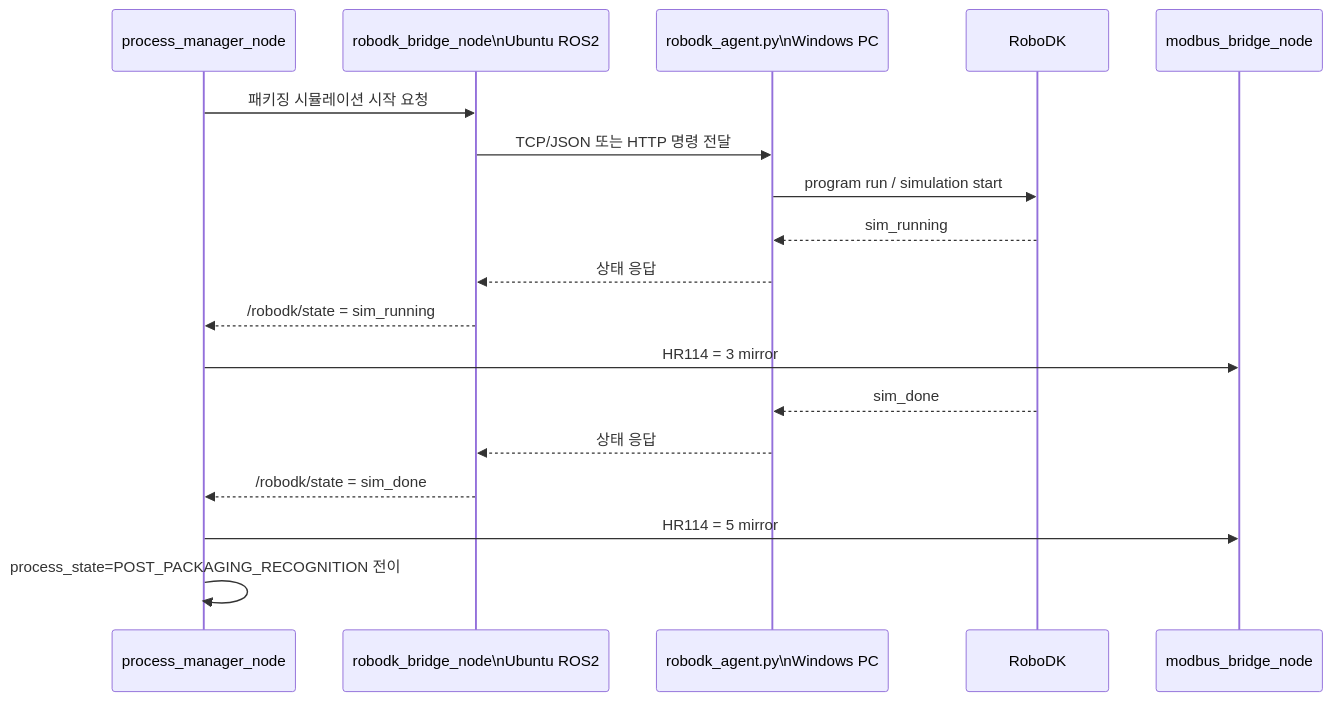
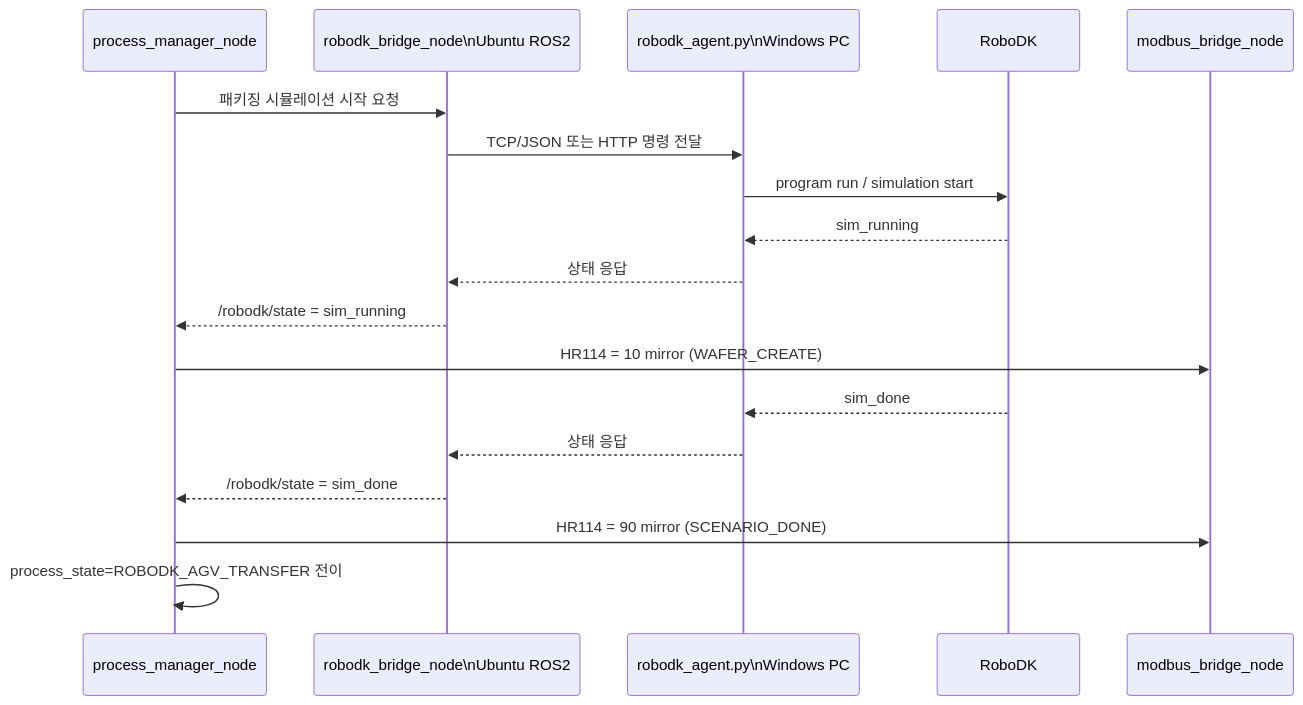
The fifth of 5 diagrams in Modbus/README.md (rootjihn/semiconductor-digital-twin), drawn with Mermaid before and after one commit. The commit also changed other lines of this file and 97 other files, not shown here.

````diff
--- a/Modbus/README.md
+++ b/Modbus/README.md
@@ -422,21 +444,21 @@
 ```mermaid
 sequenceDiagram
     participant PM as process_manager_node
     participant RB as robodk_bridge_node\nUbuntu ROS2
     participant WA as robodk_agent.py\nWindows PC
     participant RK as RoboDK
     participant MB as modbus_bridge_node
 
     PM->>RB: 패키징 시뮬레이션 시작 요청
     RB->>WA: TCP/JSON 또는 HTTP 명령 전달
     WA->>RK: program run / simulation start
     RK-->>WA: sim_running
     WA-->>RB: 상태 응답
     RB-->>PM: /robodk/state = sim_running
-    PM->>MB: HR114 = 3 mirror
+    PM->>MB: HR114 = 10 mirror (WAFER_CREATE)
     RK-->>WA: sim_done
     WA-->>RB: 상태 응답
     RB-->>PM: /robodk/state = sim_done
-    PM->>MB: HR114 = 5 mirror
-    PM->>PM: process_state=POST_PACKAGING_RECOGNITION 전이
+    PM->>MB: HR114 = 90 mirror (SCENARIO_DONE)
+    PM->>PM: process_state=ROBODK_AGV_TRANSFER 전이
 ```
````
